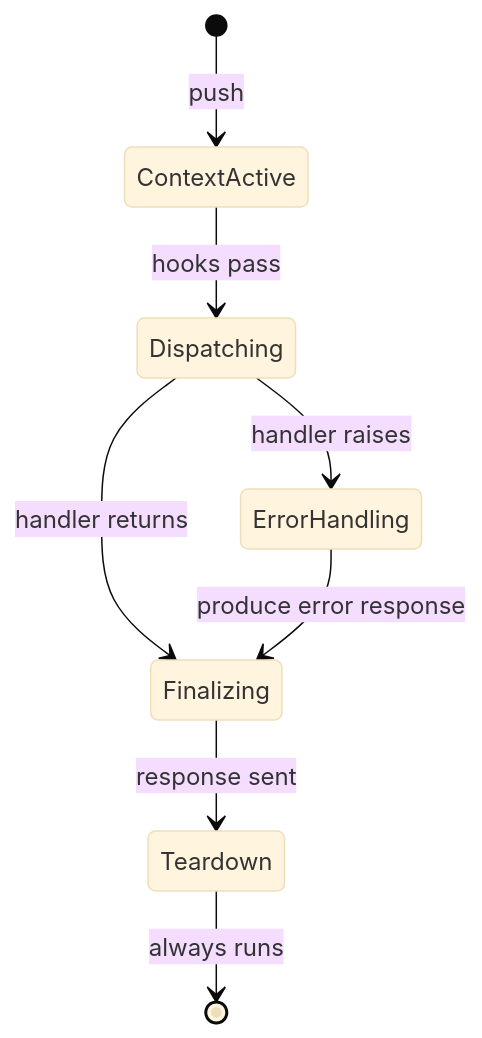
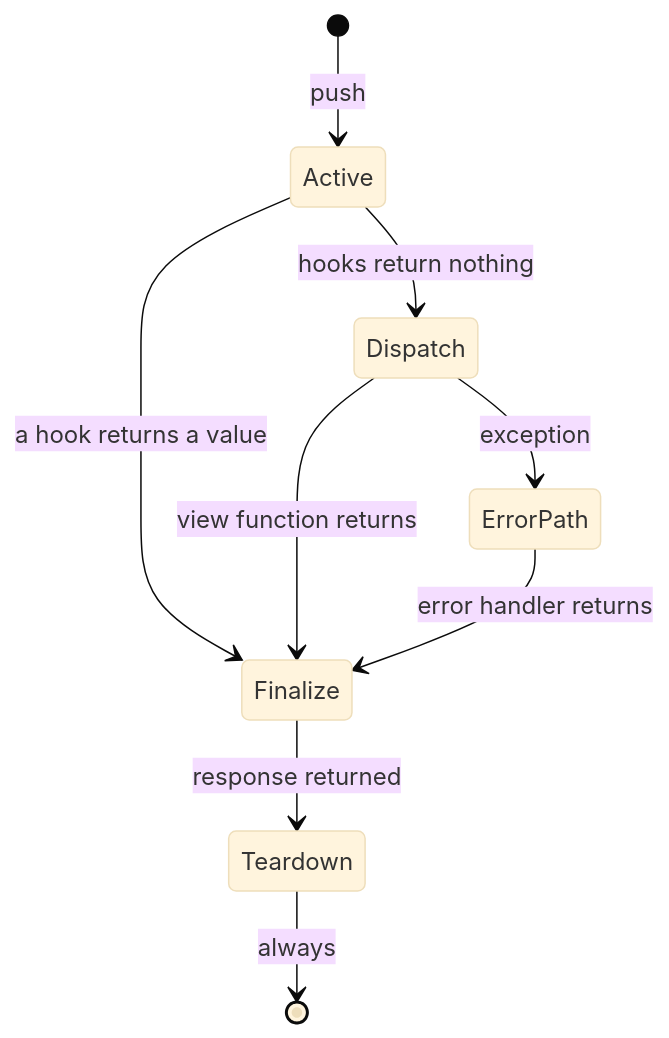
The third of 3 diagrams in docs/examples/flask/.cluedoc/application-and-request-lifecycle/README.md (KeunwooPark/cluedoc), drawn with Mermaid (base theme) before and after one commit. The commit also changed other lines of this file and 22 other files, not shown here.

````diff
--- a/docs/examples/flask/.cluedoc/application-and-request-lifecycle/README.md
+++ b/docs/examples/flask/.cluedoc/application-and-request-lifecycle/README.md
@@ -80,10 +118,11 @@
 ```mermaid
 stateDiagram-v2
-    [*] --> ContextActive: push
-    ContextActive --> Dispatching: hooks pass
-    Dispatching --> Finalizing: handler returns
-    Dispatching --> ErrorHandling: handler raises
-    ErrorHandling --> Finalizing: produce error response
-    Finalizing --> Teardown: response sent
-    Teardown --> [*]: always runs
+    [*] --> Active: push
+    Active --> Dispatch: hooks return nothing
+    Active --> Finalize: a hook returns a value
+    Dispatch --> Finalize: view function returns
+    Dispatch --> ErrorPath: exception
+    ErrorPath --> Finalize: error handler returns
+    Finalize --> Teardown: response returned
+    Teardown --> [*]: always
 ```
````
